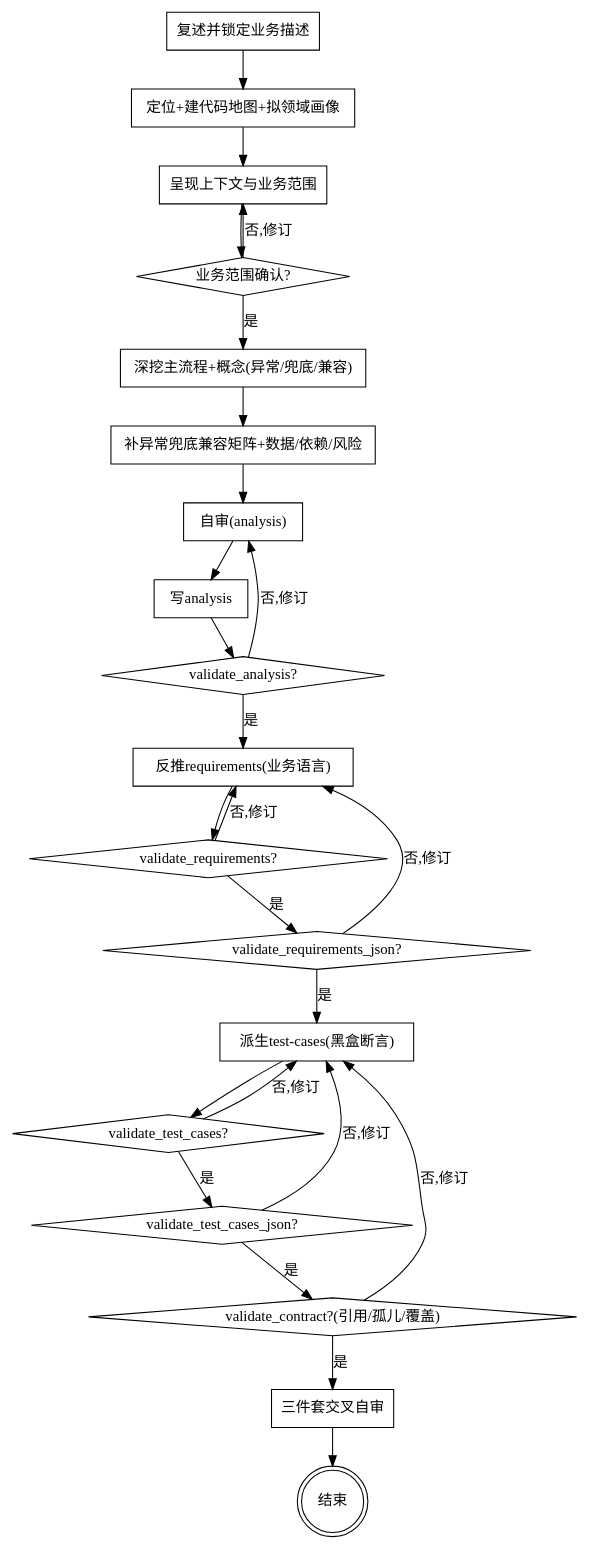
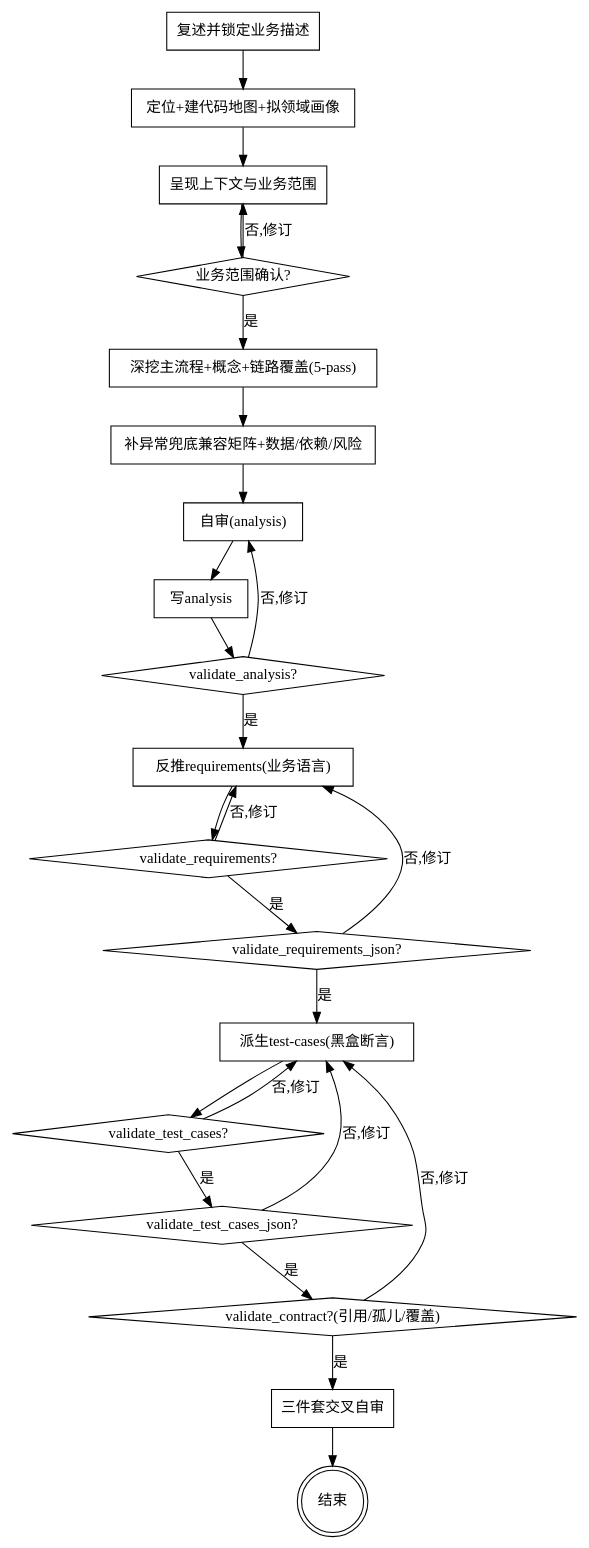
One commit to ironbob/DesignSKills changed the diagram in skills/code-analyze-business/SKILL.md. Above: the diagram before and after it, drawn with Graphviz. The commit also changed other lines of this file and 5 other files, not shown here.

First line of the commit message:
feat(code-analyze-business): 新增链路覆盖策略（5-pass）+ 数据流动图门禁

````diff
--- a/skills/code-analyze-business/SKILL.md
+++ b/skills/code-analyze-business/SKILL.md
@@ -82,47 +82,47 @@
 ```dot
 digraph analyze {
   "复述并锁定业务描述" [shape=box];
   "定位+建代码地图+拟领域画像" [shape=box];
   "呈现上下文与业务范围" [shape=box];
   "业务范围确认?" [shape=diamond];
-  "深挖主流程+概念(异常/兜底/兼容)" [shape=box];
+  "深挖主流程+概念+链路覆盖(5-pass)" [shape=box];
   "补异常兜底兼容矩阵+数据/依赖/风险" [shape=box];
   "自审(analysis)" [shape=box];
   "写analysis" [shape=box];
   "validate_analysis?" [shape=diamond];
   "反推requirements(业务语言)" [shape=box];
   "validate_requirements?" [shape=diamond];
   "validate_requirements_json?" [shape=diamond];
   "派生test-cases(黑盒断言)" [shape=box];
   "validate_test_cases?" [shape=diamond];
   "validate_test_cases_json?" [shape=diamond];
   "validate_contract?(引用/孤儿/覆盖)" [shape=diamond];
   "三件套交叉自审" [shape=box];
   "结束" [shape=doublecircle];
 
   "复述并锁定业务描述" -> "定位+建代码地图+拟领域画像";
   "定位+建代码地图+拟领域画像" -> "呈现上下文与业务范围";
   "呈现上下文与业务范围" -> "业务范围确认?";
   "业务范围确认?" -> "呈现上下文与业务范围" [label="否,修订"];
-  "业务范围确认?" -> "深挖主流程+概念(异常/兜底/兼容)" [label="是"];
-  "深挖主流程+概念(异常/兜底/兼容)" -> "补异常兜底兼容矩阵+数据/依赖/风险";
+  "业务范围确认?" -> "深挖主流程+概念+链路覆盖(5-pass)" [label="是"];
+  "深挖主流程+概念+链路覆盖(5-pass)" -> "补异常兜底兼容矩阵+数据/依赖/风险";
   "补异常兜底兼容矩阵+数据/依赖/风险" -> "自审(analysis)";
   "自审(analysis)" -> "写analysis";
   "写analysis" -> "validate_analysis?";
   "validate_analysis?" -> "自审(analysis)" [label="否,修订"];
   "validate_analysis?" -> "反推requirements(业务语言)" [label="是"];
   "反推requirements(业务语言)" -> "validate_requirements?";
   "validate_requirements?" -> "反推requirements(业务语言)" [label="否,修订"];
   "validate_requirements?" -> "validate_requirements_json?" [label="是"];
   "validate_requirements_json?" -> "反推requirements(业务语言)" [label="否,修订"];
   "validate_requirements_json?" -> "派生test-cases(黑盒断言)" [label="是"];
   "派生test-cases(黑盒断言)" -> "validate_test_cases?";
   "validate_test_cases?" -> "派生test-cases(黑盒断言)" [label="否,修订"];
   "validate_test_cases?" -> "validate_test_cases_json?" [label="是"];
   "validate_test_cases_json?" -> "派生test-cases(黑盒断言)" [label="否,修订"];
   "validate_test_cases_json?" -> "validate_contract?(引用/孤儿/覆盖)" [label="是"];
   "validate_contract?(引用/孤儿/覆盖)" -> "派生test-cases(黑盒断言)" [label="否,修订"];
   "validate_contract?(引用/孤儿/覆盖)" -> "三件套交叉自审" [label="是"];
   "三件套交叉自审" -> "结束";
 }
 ```
````
